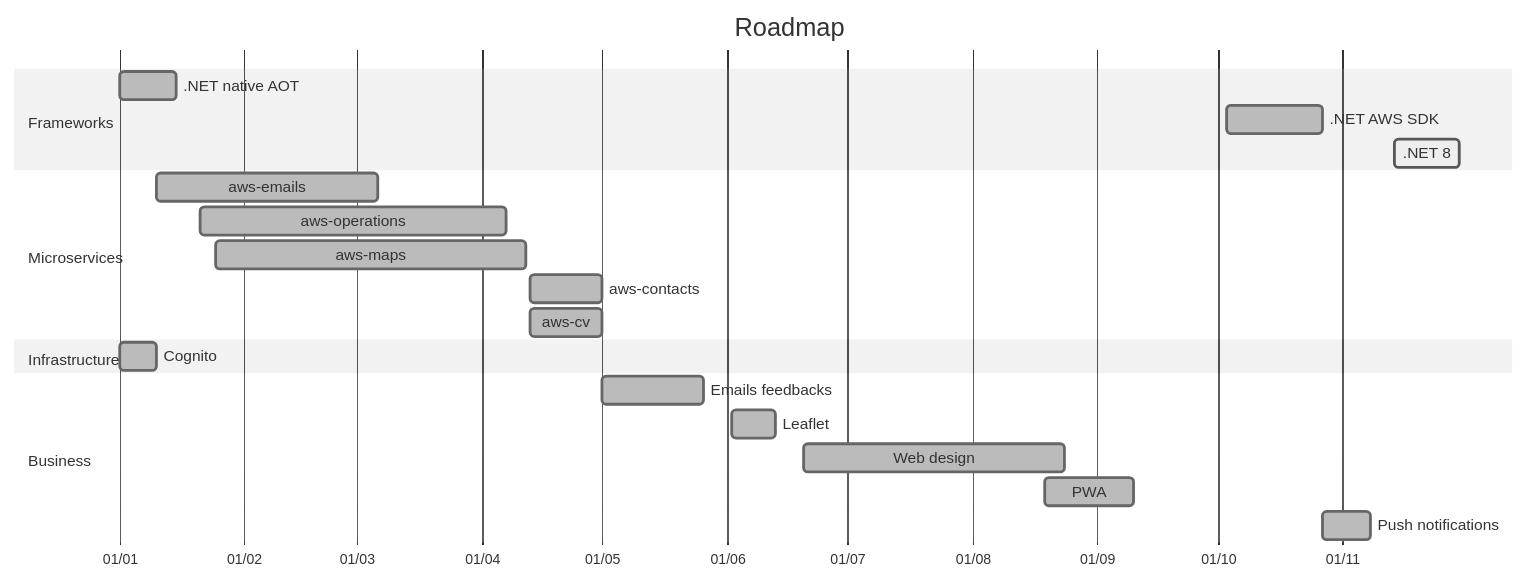
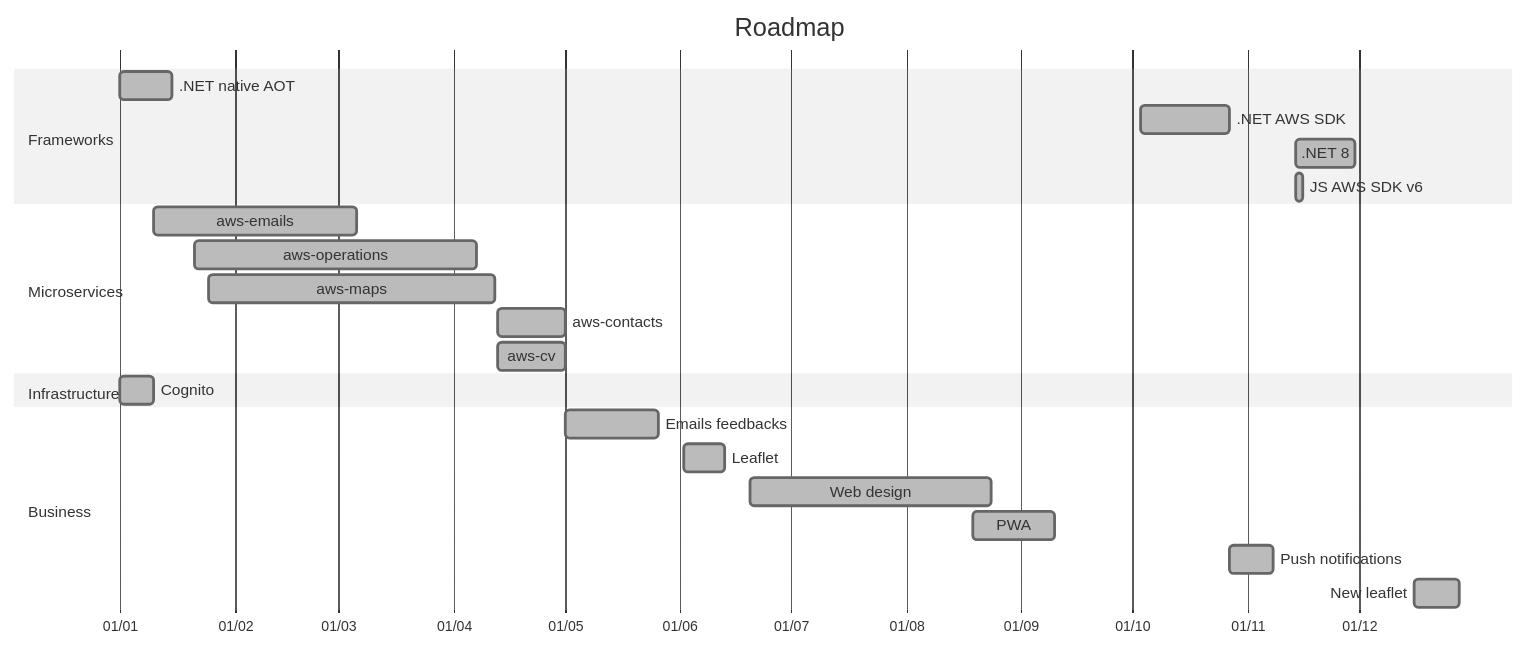
Before and after one commit to amilochau/.github: the second of 3 diagrams in docs/roadmap.md, drawn with Mermaid (neutral theme). The commit also changed other lines of this file, not shown here.

Commit message:
Update roadmap

````diff
--- a/docs/roadmap.md
+++ b/docs/roadmap.md
@@ -9,28 +60,30 @@
 ```mermaid
 gantt
   title Roadmap
   dateFormat YYYY-MM-DD
   axisFormat %d/%m
 
   section Frameworks
-  .NET native AOT   : done,       aot,        2023-01-01,               2023-01-15
-  .NET AWS SDK      : done,       aws,        2023-10-03,               2023-10-27
-  .NET 8            : active,     net8,       2023-11-14,               2023-11-30
+  .NET native AOT   : done,       aot,         2023-01-01,               2023-01-15
+  .NET AWS SDK      : done,       aws,         2023-10-03,               2023-10-27
+  .NET 8            : done,       net8,        2023-11-14,               2023-11-30
+  JS AWS SDK v6     : done,       aws-js,      2023-11-14,               2023-11-16
 
   section Microservices
-  aws-emails        : done,       emails,     2023-01-10,               2023-03-06
-  aws-operations    : done,       operations, 2023-01-21,               2023-04-07
-  aws-maps          : done,       maps,       2023-01-25,               2023-04-12
-  aws-contacts      : done,       contacts,   2023-04-13,               2023-05-01
-  aws-cv            : done,       cv,         2023-04-13,               2023-05-01
+  aws-emails        : done,       emails,      2023-01-10,               2023-03-06
+  aws-operations    : done,       operations,  2023-01-21,               2023-04-07
+  aws-maps          : done,       maps,        2023-01-25,               2023-04-12
+  aws-contacts      : done,       contacts,    2023-04-13,               2023-05-01
+  aws-cv            : done,       cv,          2023-04-13,               2023-05-01
 
   section Infrastructure
-  Cognito           : done,       cognito,    2023-01-01,               2023-01-10
+  Cognito           : done,       cognito,     2023-01-01,               2023-01-10
   
   section Business
-  Emails feedbacks  : done,       feedbacks,  2023-05-01,               2023-05-26
-  Leaflet           : done,       leaflet,    2023-06-02,               2023-06-13
-  Web design        : done,       design,     2023-06-20,               2023-08-24
-  PWA               : done,       pwa,        2023-08-19,               2023-09-10
-  Push notifications: done,       push,       2023-10-27,               2023-11-08
+  Emails feedbacks  : done,       feedbacks,   2023-05-01,               2023-05-26
+  Leaflet           : done,       leaflet,     2023-06-02,               2023-06-13
+  Web design        : done,       design,      2023-06-20,               2023-08-24
+  PWA               : done,       pwa,         2023-08-19,               2023-09-10
+  Push notifications: done,       push,        2023-10-27,               2023-11-08
+  New leaflet       : done,       new-leaflet, 2023-12-16,               2023-12-28
 ```
````
